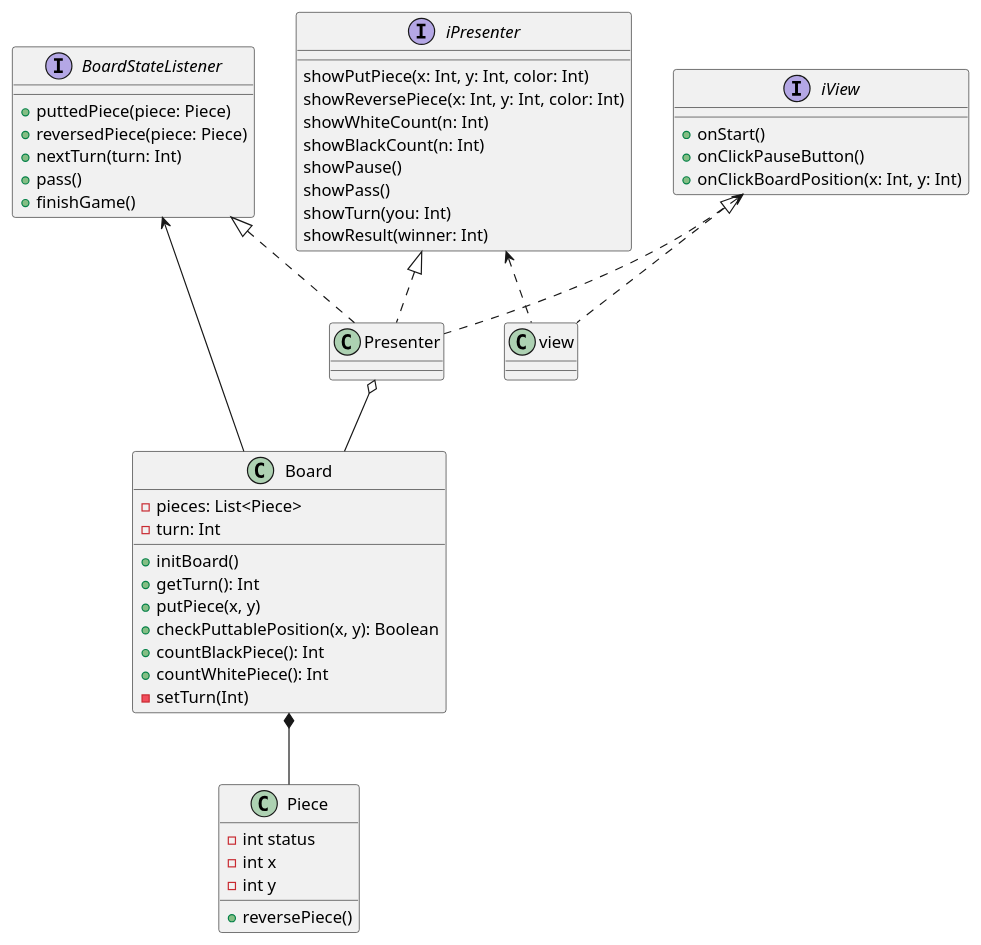
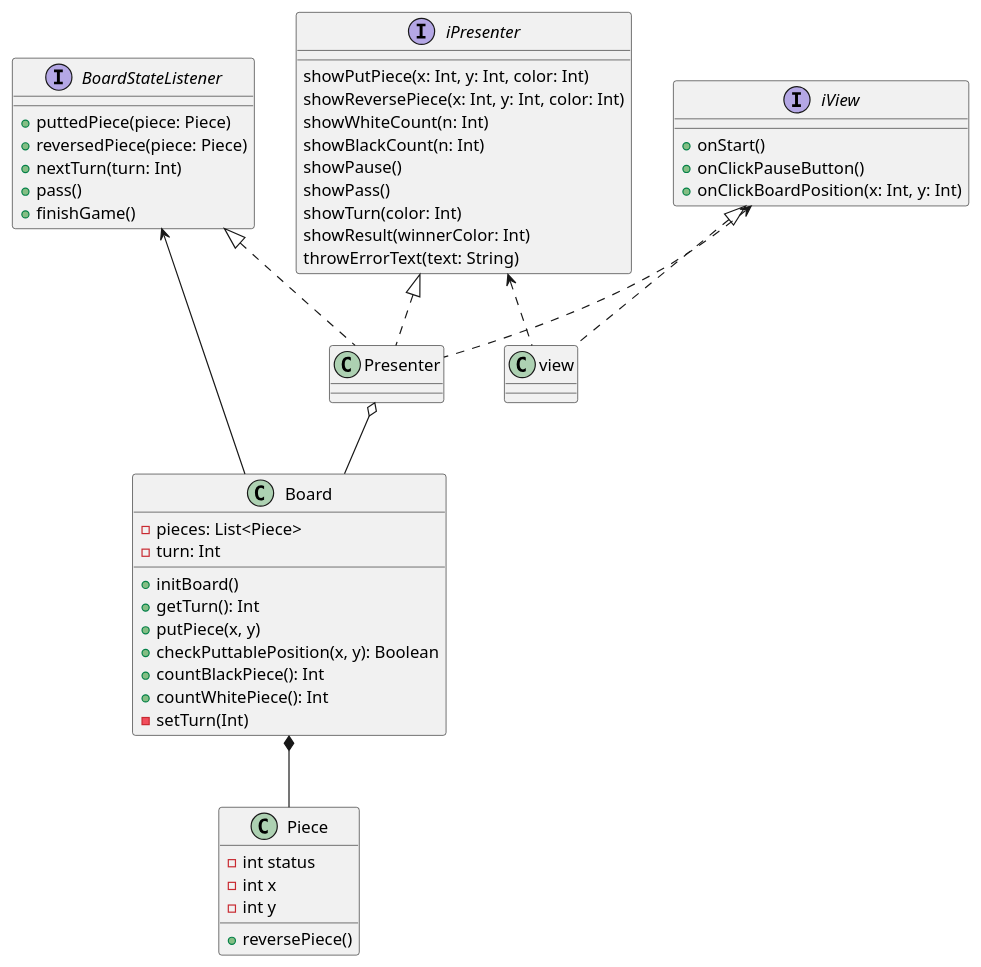
The diagram in uml/class/game.puml (Issei0804-ie/Uhyo), drawn with PlantUML before and after one commit. The commit also changed 1 other file, not shown here.

Commit message:
add sequence of GameFlow

```diff
--- a/uml/class/game.puml
+++ b/uml/class/game.puml
@@ -1,59 +1,60 @@
 @startuml
 Presenter o-- Board
 Board *-- Piece
 iView <.. Presenter
 iView <|.. view
 BoardStateListener <|.. Presenter
 BoardStateListener <-- Board
 iPresenter <|.. Presenter
 iPresenter <.. view
 
 class Board {
     - pieces: List<Piece>
     - turn: Int
     + initBoard()
     + getTurn(): Int
     + putPiece(x, y)
     + checkPuttablePosition(x, y): Boolean
     + countBlackPiece(): Int
     + countWhitePiece(): Int
     - setTurn(Int)
 }
 
 interface BoardStateListener {
     + puttedPiece(piece: Piece)
     + reversedPiece(piece: Piece)
     + nextTurn(turn: Int)
     + pass()
     + finishGame()
 }
 
 class Piece {
     - int status
     - int x
     - int y
     + reversePiece()
 }
 
 interface iView {
     + onStart()
     + onClickPauseButton()
     + onClickBoardPosition(x: Int, y: Int)
 }
 
 class view {}
 
 interface iPresenter {
     showPutPiece(x: Int, y: Int, color: Int)
     showReversePiece(x: Int, y: Int, color: Int)
     showWhiteCount(n: Int)
     showBlackCount(n: Int)
     showPause()
     showPass()
-    showTurn(you: Int)
-    showResult(winner: Int)
+    showTurn(color: Int)
+    showResult(winnerColor: Int)
+    throwErrorText(text: String)
 }
 class Presenter {
 
 }
 @enduml
```
